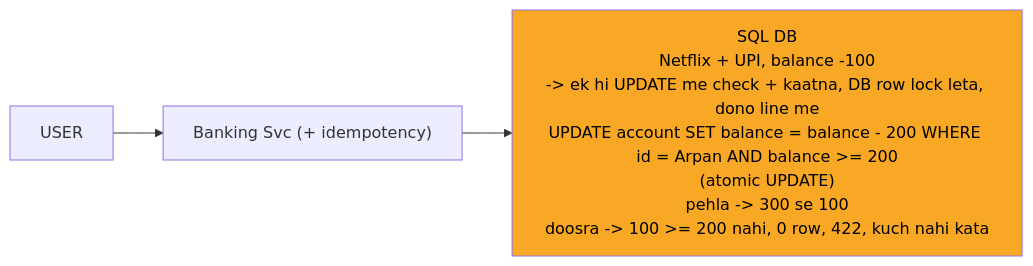
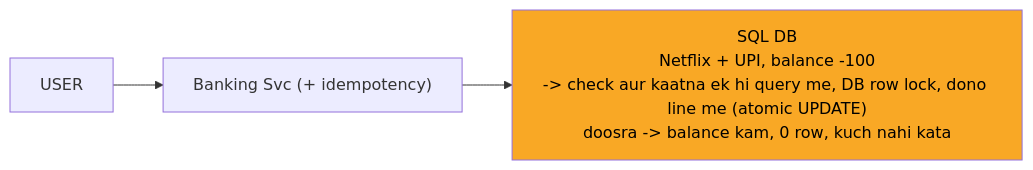
The diagram in 04_HLD/SYSTEM_DESIGNS/13_banking_system/img/c3.mmd (ArpanMaheshwari144/Prep), drawn with Mermaid before and after one commit. The commit also changed 76 other files, not shown here.

```diff
--- a/04_HLD/SYSTEM_DESIGNS/13_banking_system/img/c3.mmd
+++ b/04_HLD/SYSTEM_DESIGNS/13_banking_system/img/c3.mmd
@@ -1,8 +1,8 @@
 %%{init: {"flowchart": {"wrappingWidth": 450}}}%%
 flowchart LR
     n_USER["USER"]
     n_SVC["Banking Svc (+ idempotency)"]
-    n_DB["SQL DB<br/>Netflix + UPI, balance -100<br/>-> ek hi UPDATE me check + kaatna, DB row lock leta, dono line me<br/>UPDATE account SET balance = balance - 200 WHERE id = Arpan AND balance >= 200<br/>(atomic UPDATE)<br/>pehla -> 300 se 100<br/>doosra -> 100 >= 200 nahi, 0 row, 422, kuch nahi kata"]
+    n_DB["SQL DB<br/>Netflix + UPI, balance -100<br/>-> check aur kaatna ek hi query me, DB row lock, dono line me (atomic UPDATE)<br/>doosra -> balance kam, 0 row, kuch nahi kata"]
     n_USER --> n_SVC
     n_SVC --> n_DB
     style n_DB fill:#f9a825,color:#000
```
